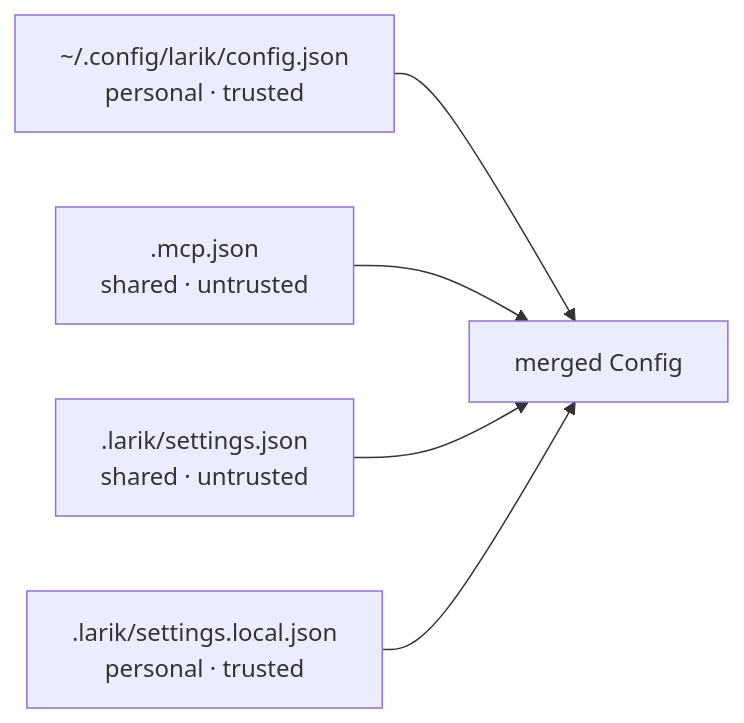
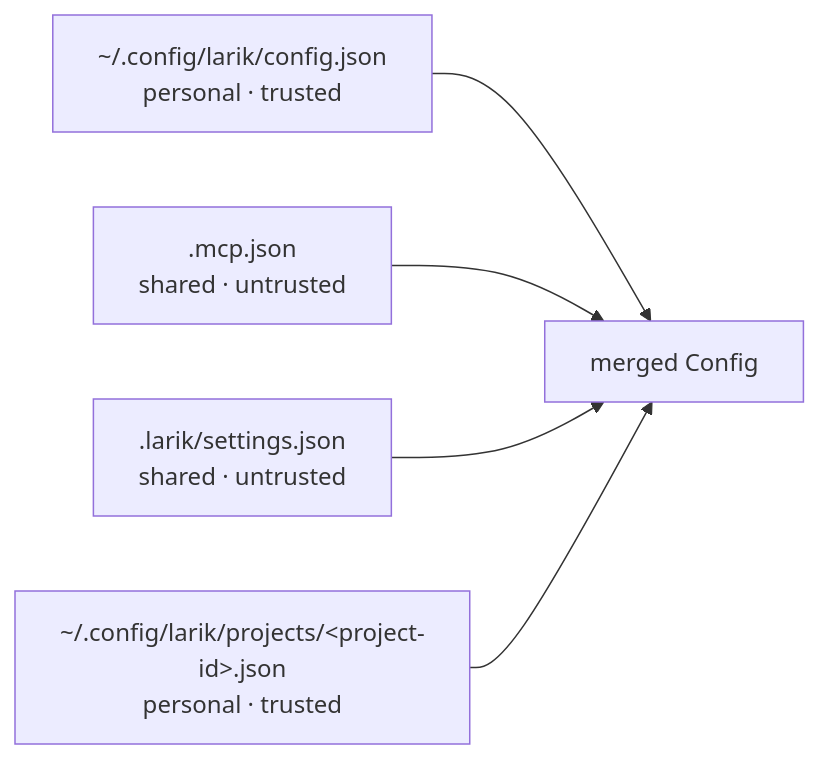
One commit to vwibowo/larik changed the fourth of 4 diagrams in docs/state-and-persistence.md. Above: the diagram before and after it, drawn with Mermaid. The commit also changed other lines of this file and 42 other files, not shown here.

````diff
--- a/docs/state-and-persistence.md
+++ b/docs/state-and-persistence.md
@@ -114,7 +114,7 @@
 ```mermaid
 flowchart LR
     U["~/.config/larik/config.json<br/>personal · trusted"] --> M["merged Config"]
     MCP[".mcp.json<br/>shared · untrusted"] --> M
     S[".larik/settings.json<br/>shared · untrusted"] --> M
-    L[".larik/settings.local.json<br/>personal · trusted"] --> M
+    L["~/.config/larik/projects/&lt;project-id&gt;.json<br/>personal · trusted"] --> M
 ```
````
